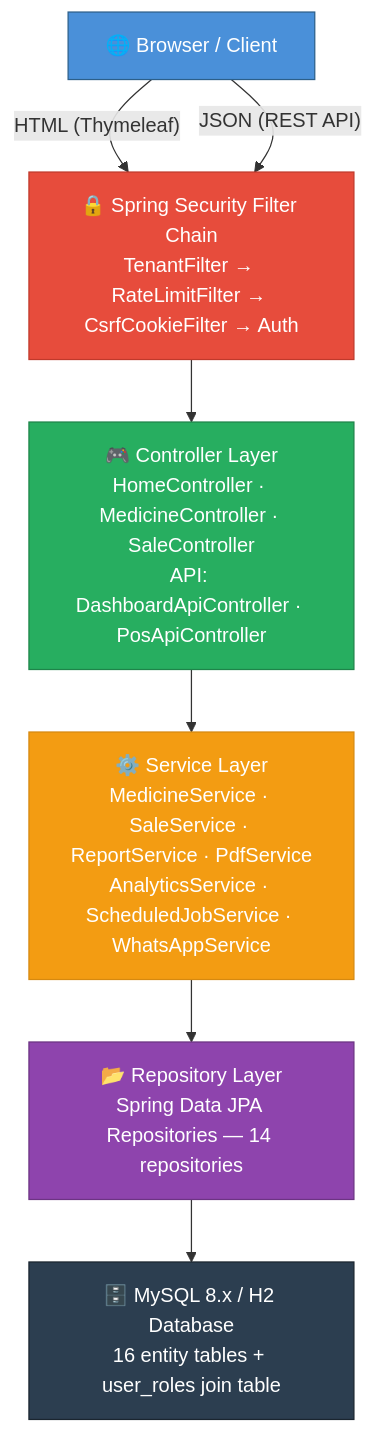
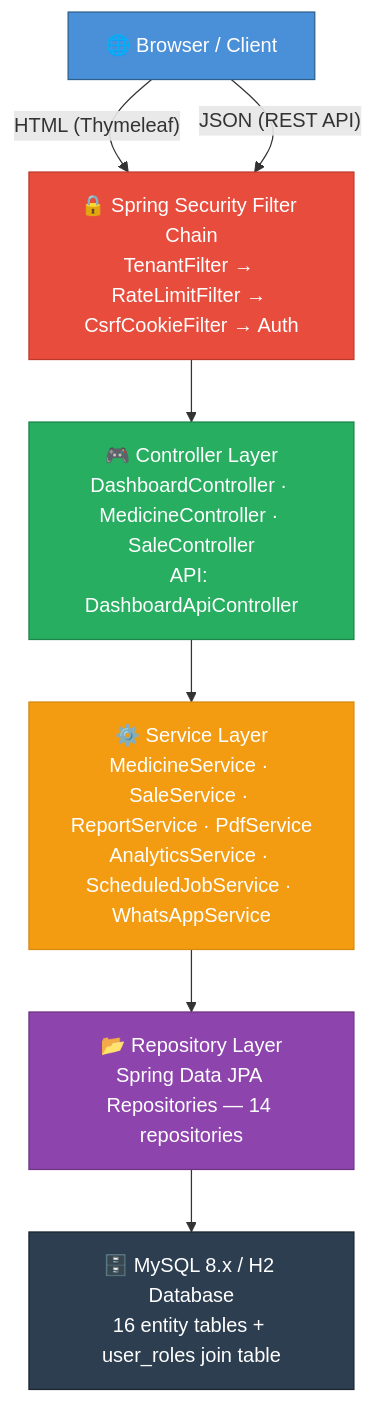
Before and after one commit to Kt129673/medicalstore: the diagram in README.md, drawn with Mermaid. The commit also changed other lines of this file and 3 other files, not shown here.

Commit message:
feat: implement DashboardController and MedicineApiController while removing legacy controllers and documentation.

````diff
--- a/README.md
+++ b/README.md
@@ -90,27 +90,27 @@
 ```mermaid
 flowchart TD
     A["🌐 Browser / Client"]
     A -->|"HTML (Thymeleaf)"| B
     A -->|"JSON (REST API)"| B
 
     B["🔒 Spring Security Filter Chain<br/>TenantFilter → RateLimitFilter → CsrfCookieFilter → Auth"]
     B --> C
 
-    C["🎮 Controller Layer<br/>HomeController · MedicineController · SaleController<br/>API: DashboardApiController · PosApiController"]
+    C["🎮 Controller Layer<br/>DashboardController · MedicineController · SaleController<br/>API: DashboardApiController"]
     C --> D
 
     D["⚙️ Service Layer<br/>MedicineService · SaleService · ReportService · PdfService<br/>AnalyticsService · ScheduledJobService · WhatsAppService"]
     D --> E
 
     E["📂 Repository Layer<br/>Spring Data JPA Repositories — 14 repositories"]
     E --> F
 
     F["🗄️ MySQL 8.x / H2 Database<br/>16 entity tables + user_roles join table"]
 
     style A fill:#4A90D9,stroke:#2C5F8A,color:#fff
     style B fill:#E74C3C,stroke:#C0392B,color:#fff
     style C fill:#27AE60,stroke:#1E8449,color:#fff
     style D fill:#F39C12,stroke:#D68910,color:#fff
     style E fill:#8E44AD,stroke:#6C3483,color:#fff
     style F fill:#2C3E50,stroke:#1A252F,color:#fff
 ```
````
